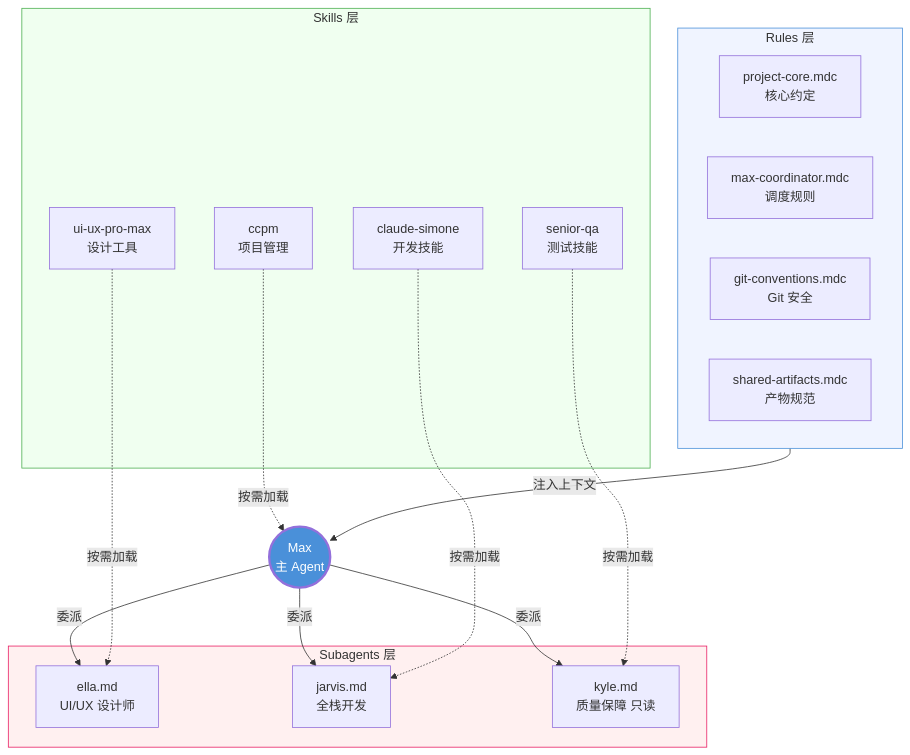
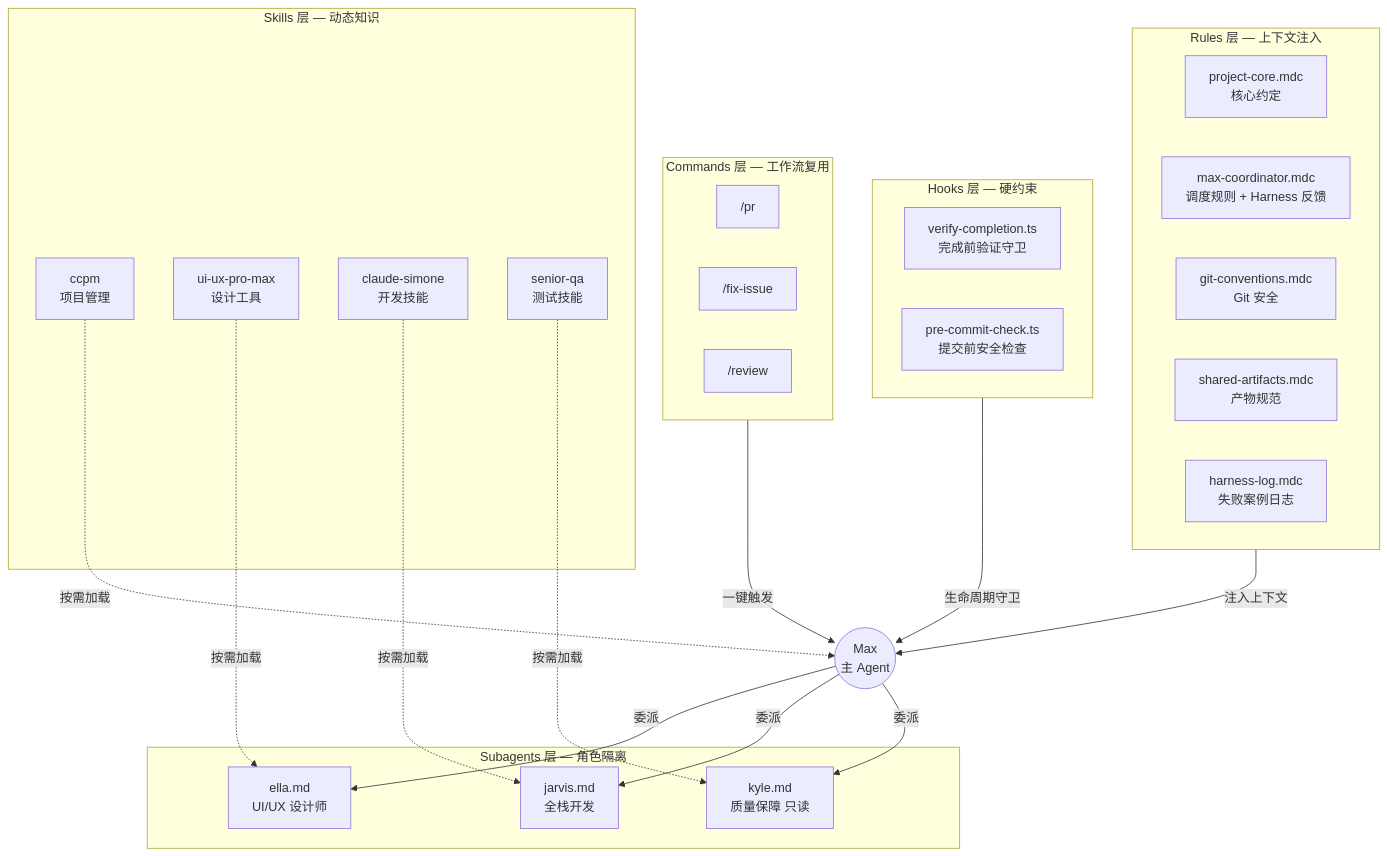
Before and after one commit to codeApe-7/ai-agent-workflowGroup: the sixth of 6 diagrams in README.md, drawn with Mermaid. The commit also changed other lines of this file and 13 other files, not shown here.

````diff
--- a/README.md
+++ b/README.md
@@ -193,37 +193,46 @@
 ```mermaid
 flowchart TB
-    subgraph Layer1["Rules 层"]
+    subgraph Layer1["Rules 层 — 上下文注入"]
         R1["project-core.mdc\n核心约定"]
-        R2["max-coordinator.mdc\n调度规则"]
+        R2["max-coordinator.mdc\n调度规则 + Harness 反馈"]
         R3["git-conventions.mdc\nGit 安全"]
         R4["shared-artifacts.mdc\n产物规范"]
+        R5["harness-log.mdc\n失败案例日志"]
     end
 
-    subgraph Layer2["Subagents 层"]
+    subgraph Layer2["Subagents 层 — 角色隔离"]
         A1["ella.md\nUI/UX 设计师"]
         A2["jarvis.md\n全栈开发"]
         A3["kyle.md\n质量保障 只读"]
     end
 
-    subgraph Layer3["Skills 层"]
+    subgraph Layer4["Hooks 层 — 硬约束"]
+        H1["verify-completion.ts\n完成前验证守卫"]
+        H2["pre-commit-check.ts\n提交前安全检查"]
+    end
+
+    subgraph Layer5["Commands 层 — 工作流复用"]
+        C1["/pr"]
+        C2["/fix-issue"]
+        C3["/review"]
+    end
+
+    subgraph Layer3["Skills 层 — 动态知识"]
         S1["ccpm\n项目管理"]
         S2["ui-ux-pro-max\n设计工具"]
         S3["claude-simone\n开发技能"]
         S4["senior-qa\n测试技能"]
     end
 
     Layer1 -->|注入上下文| Max(("Max\n主 Agent"))
+    Layer4 -->|生命周期守卫| Max
+    Layer5 -->|一键触发| Max
     Max -->|委派| A1
     Max -->|委派| A2
     Max -->|委派| A3
 
     S1 -.->|按需加载| Max
     S2 -.->|按需加载| A1
     S3 -.->|按需加载| A2
     S4 -.->|按需加载| A3
-
-    style Max fill:#4A90D9,color:#fff,stroke-width:3px
-    style Layer1 fill:#f0f4ff,stroke:#4A90D9
-    style Layer2 fill:#fff0f0,stroke:#E91E63
-    style Layer3 fill:#f0fff0,stroke:#4CAF50
 ```
````
